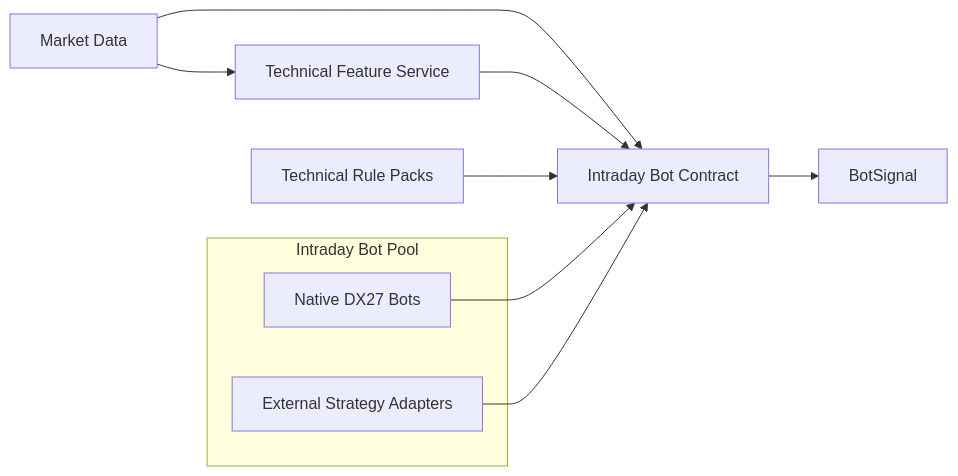
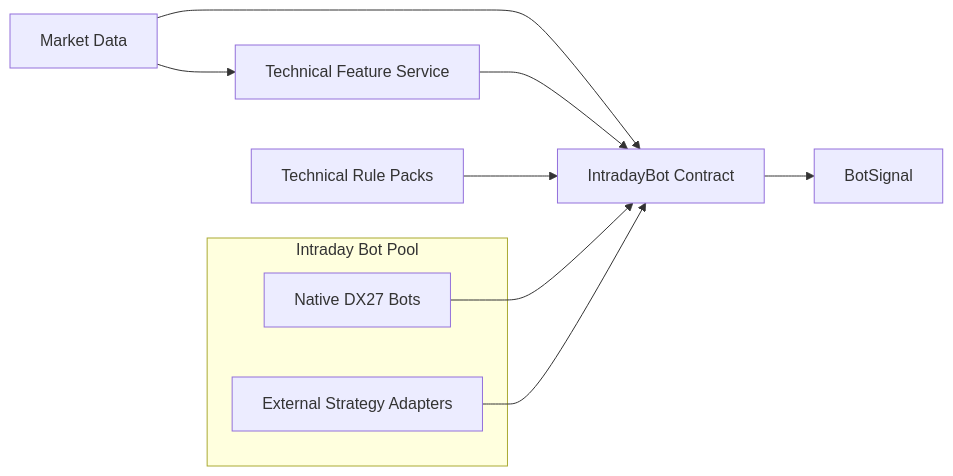
One commit to Daxoniel/DX27-Trading-Engine changed the third of 12 diagrams in docs/architecture/system-overview.md. Above: the diagram before and after it, drawn with Mermaid. The commit also changed other lines of this file and 7 other files, not shown here.

````diff
--- a/docs/architecture/system-overview.md
+++ b/docs/architecture/system-overview.md
@@ -163,29 +178,29 @@
 ```mermaid
 flowchart LR
 
     Market["Market Data"]
 
     Features["Technical Feature Service"]
 
     Rules["Technical Rule Packs"]
 
     subgraph Bots["Intraday Bot Pool"]
         Native["Native DX27 Bots"]
         External["External Strategy Adapters"]
     end
 
-    Contract["Intraday Bot Contract"]
+    Contract["IntradayBot Contract"]
 
     Signal["BotSignal"]
 
     Market --> Features
     Market --> Contract
 
     Features --> Contract
     Rules --> Contract
 
     Native --> Contract
     External --> Contract
 
     Contract --> Signal
 ```
````
